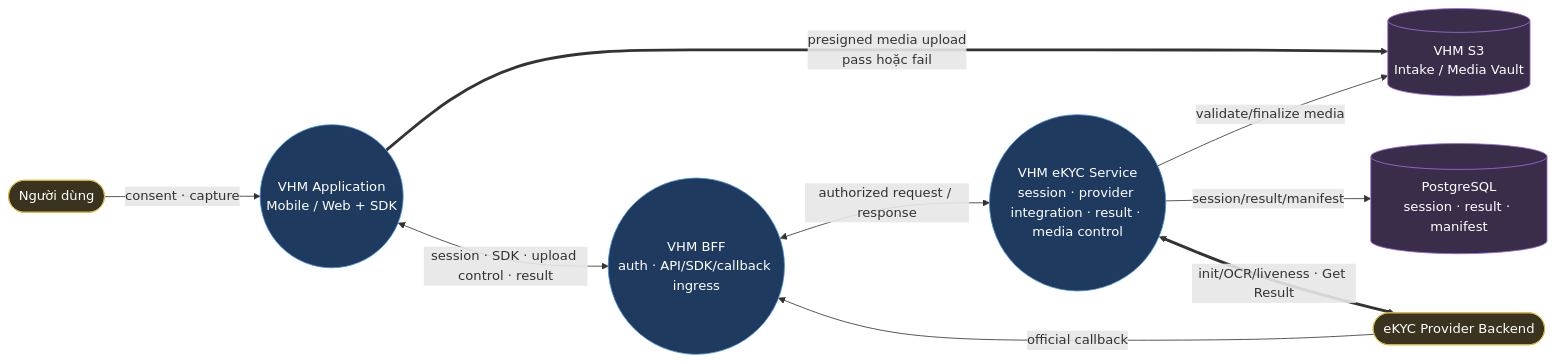
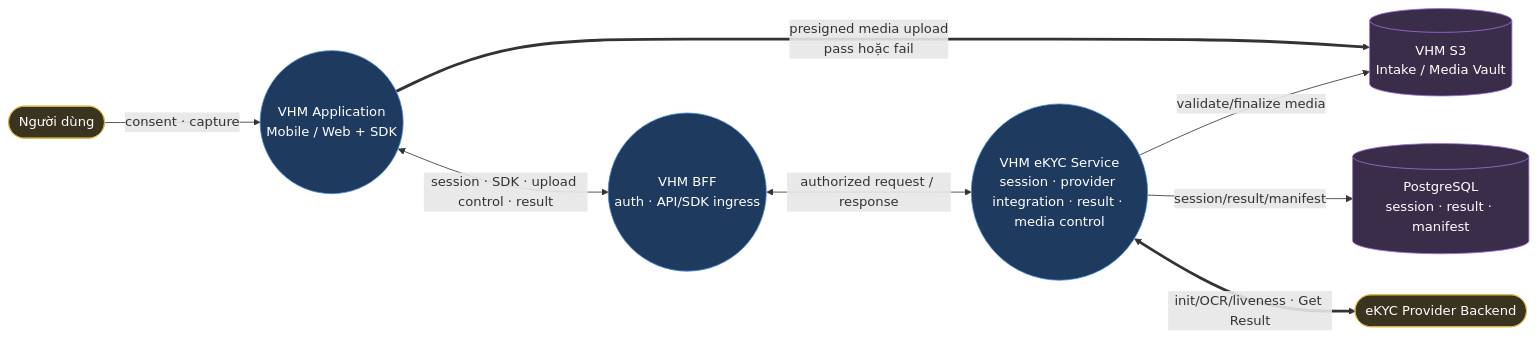
One commit to huynv-xyz/vhm changed the third of 19 diagrams in tdd2.md. Above: the diagram before and after it, drawn with Mermaid. The commit also changed other lines of this file, not shown here.

````diff
--- a/tdd2.md
+++ b/tdd2.md
@@ -482,23 +480,22 @@
 ```mermaid
 flowchart LR
     USER(["Người dùng"]):::entity
     BACKEND(["eKYC Provider Backend"]):::entity
     APP(("VHM Application<br/>Mobile / Web + SDK")):::process
-    BFF(("VHM BFF<br/>auth · API/SDK/callback ingress")):::process
+    BFF(("VHM BFF<br/>auth · API/SDK ingress")):::process
     EKYC_SERVICE(("VHM eKYC Service<br/>session · provider integration · result · media control")):::process
     DB[("PostgreSQL<br/>session · result · manifest")]:::datastore
     S3[("VHM S3<br/>Intake / Media Vault")]:::datastore
 
     USER -->|consent · capture| APP
     APP <-->|session · SDK · upload control · result| BFF
     BFF <-->|authorized request / response| EKYC_SERVICE
     APP ==>|presigned media upload<br/>pass hoặc fail| S3
     EKYC_SERVICE -->|validate/finalize media| S3
     EKYC_SERVICE -->|session/result/manifest| DB
     EKYC_SERVICE <==>|init/OCR/liveness · Get Result| BACKEND
-    BACKEND -->|official callback| BFF
 
     classDef entity fill:#3a3320,stroke:#d9b84a,color:#fff;
     classDef process fill:#1f3a5f,stroke:#4a90d9,color:#fff;
     classDef datastore fill:#3a2d4a,stroke:#a06fd9,color:#fff;
 ```
````
